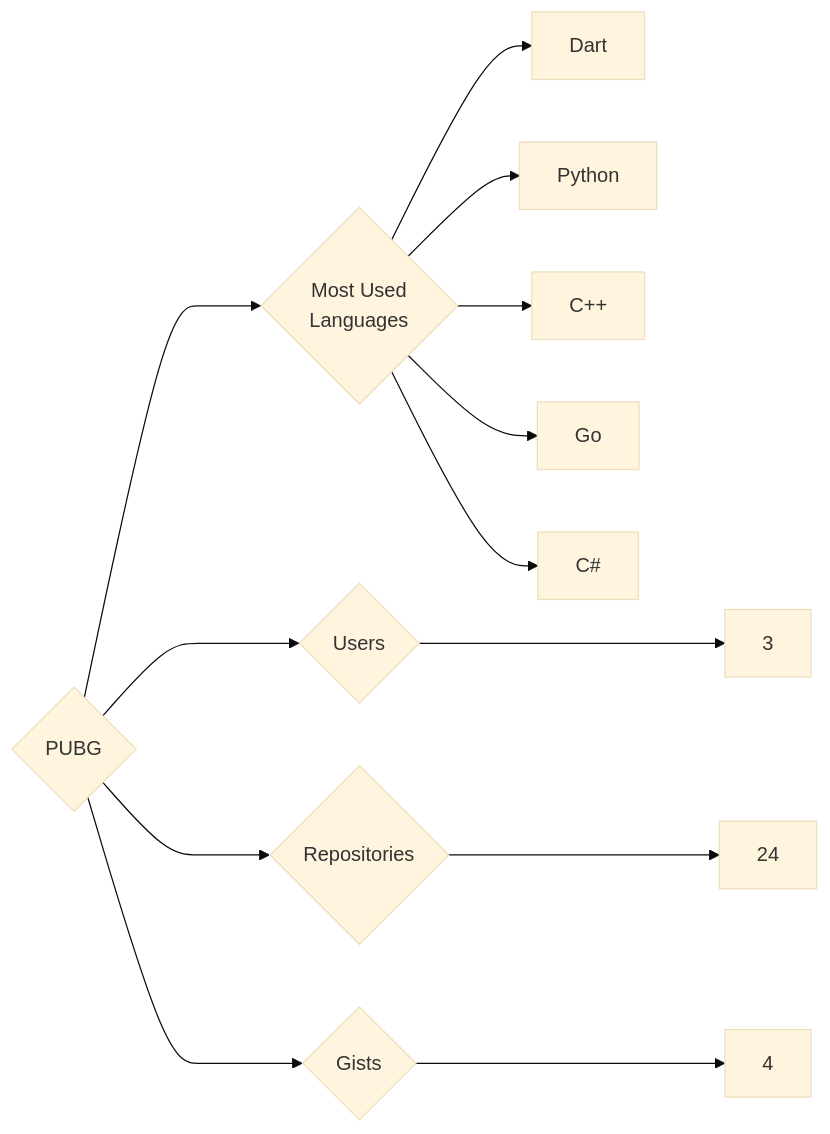
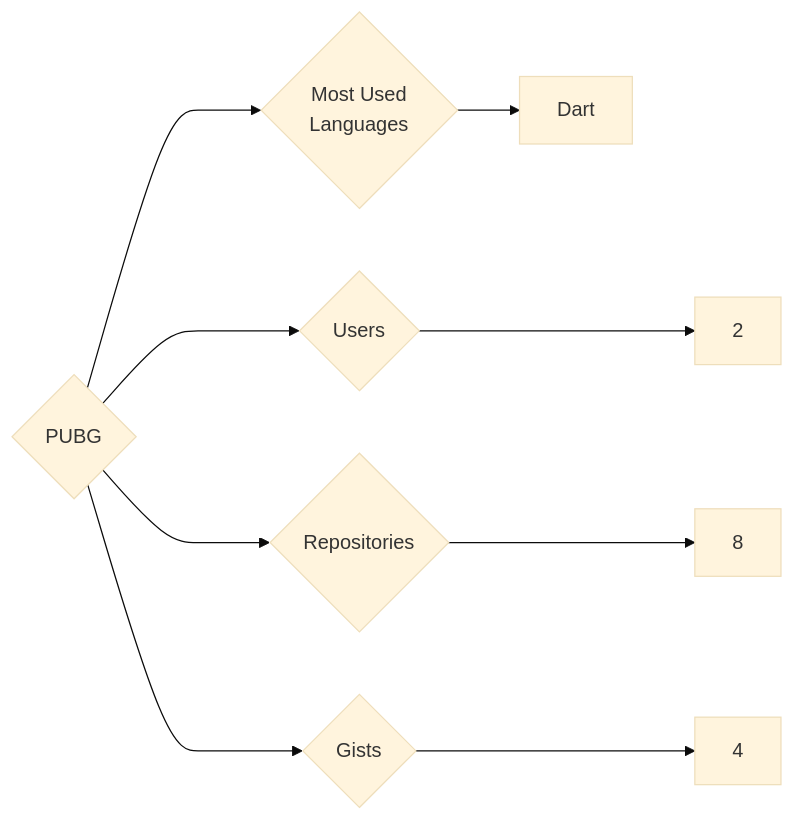
One commit to trickest/insiders changed the diagram in targets/PUBG/README.md. Above: the diagram before and after it, drawn with Mermaid (base theme). The commit also changed 1496 other files, not shown here.

````diff
--- a/targets/PUBG/README.md
+++ b/targets/PUBG/README.md
@@ -3,13 +3,9 @@
 ```mermaid
 graph LR
 COMPANY_NAME{PUBG}
-COMPANY_NAME ---> U{Users} ---> UN[3]
-COMPANY_NAME ---> R{Repositories} ---> RN[24]
+COMPANY_NAME ---> U{Users} ---> UN[2]
+COMPANY_NAME ---> R{Repositories} ---> RN[8]
 COMPANY_NAME ---> G{Gists} ---> GN[4]
 COMPANY_NAME ---> ML{Most Used<br>Languages}
 ML --> Dart[Dart]
-ML --> Python[Python]
-ML --> C++[C++]
-ML --> Go[Go]
-ML --> C#[C#]
 ```
````
